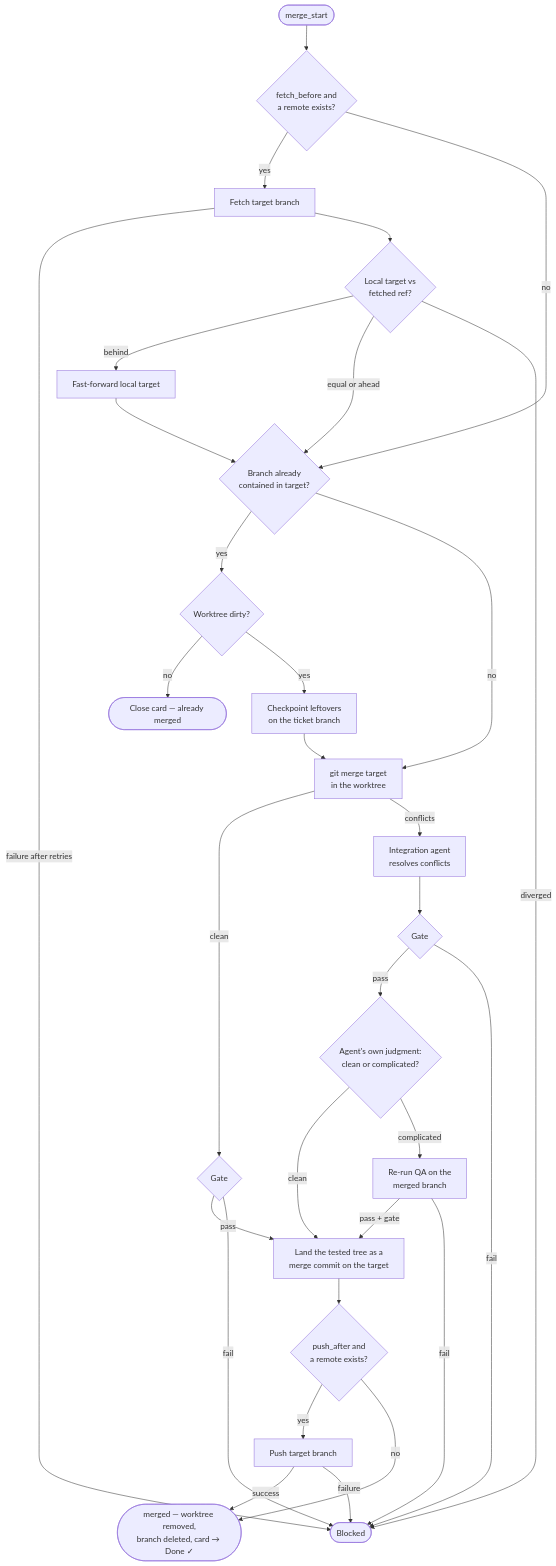
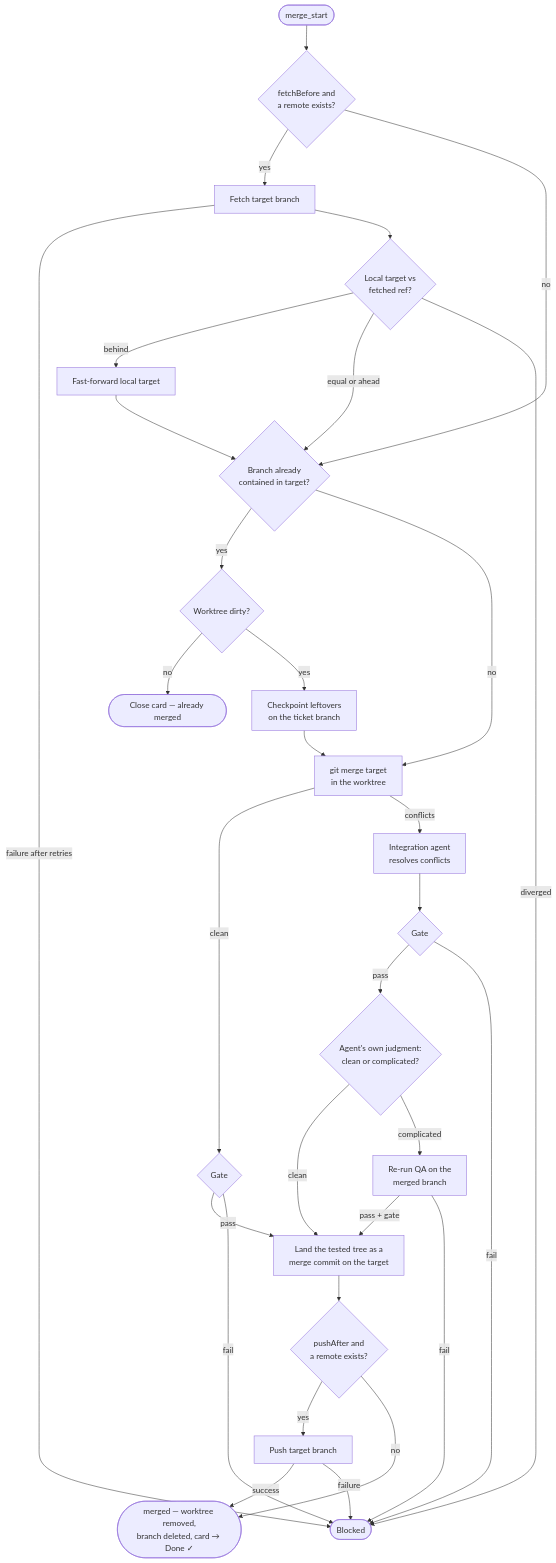
Before and after one commit to rdaruszka/jfdi: the diagram in docs/guide/integration.md, drawn with Mermaid. The commit also changed other lines of this file and 52 other files, not shown here.

````diff
--- a/docs/guide/integration.md
+++ b/docs/guide/integration.md
@@ -14,33 +14,33 @@
 ```mermaid
 flowchart TD
-    START([merge_start]) --> FETCH{fetch_before and<br/>a remote exists?}
+    START([merge_start]) --> FETCH{fetchBefore and<br/>a remote exists?}
     FETCH -->|yes| RF[Fetch target branch]
     RF -->|failure after retries| BLOCKED
     RF --> SYNC{Local target vs<br/>fetched ref?}
     SYNC -->|behind| FF[Fast-forward local target]
     SYNC -->|equal or ahead| AM
     SYNC -->|diverged| BLOCKED
     FF --> AM
     FETCH -->|no| AM{Branch already<br/>contained in target?}
     AM -->|yes| DIRTY{Worktree dirty?}
     DIRTY -->|no| CLOSE([Close card — already merged])
     DIRTY -->|yes| CHECKPOINT[Checkpoint leftovers<br/>on the ticket branch]
     CHECKPOINT --> MERGE
     AM -->|no| MERGE[git merge target<br/>in the worktree]
     MERGE -->|clean| GATE1{Gate}
     MERGE -->|conflicts| AGENT[Integration agent<br/>resolves conflicts]
     AGENT --> GATE2{Gate}
     GATE2 -->|pass| JUDGE{Agent's own judgment:<br/>clean or complicated?}
     JUDGE -->|clean| LAND
     JUDGE -->|complicated| REQA[Re-run QA on the<br/>merged branch]
     REQA -->|pass + gate| LAND[Land the tested tree as a<br/>merge commit on the target]
     REQA -->|fail| BLOCKED([Blocked])
     GATE1 -->|pass| LAND
     GATE1 -->|fail| BLOCKED
     GATE2 -->|fail| BLOCKED
-    LAND --> PUSH{push_after and<br/>a remote exists?}
+    LAND --> PUSH{pushAfter and<br/>a remote exists?}
     PUSH -->|yes| RP[Push target branch]
     PUSH -->|no| DONE([merged — worktree removed,<br/>branch deleted, card → Done ✓])
     RP -->|success| DONE
     RP -->|failure| BLOCKED
 ```
````
